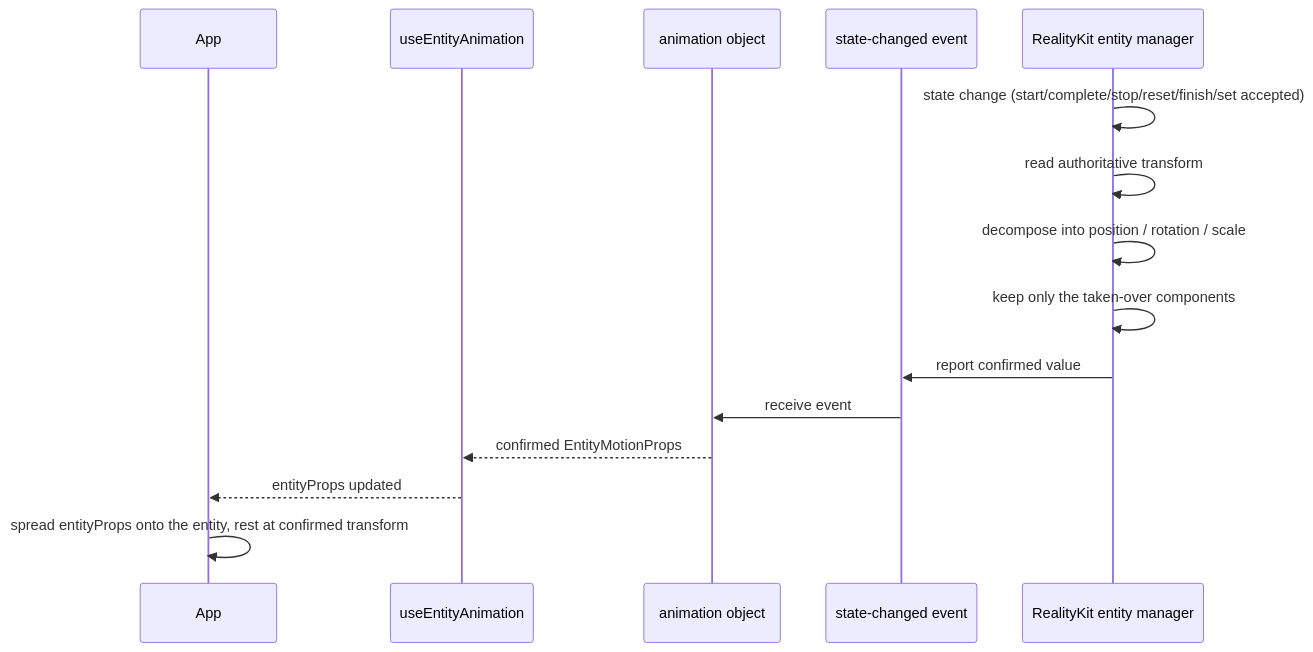
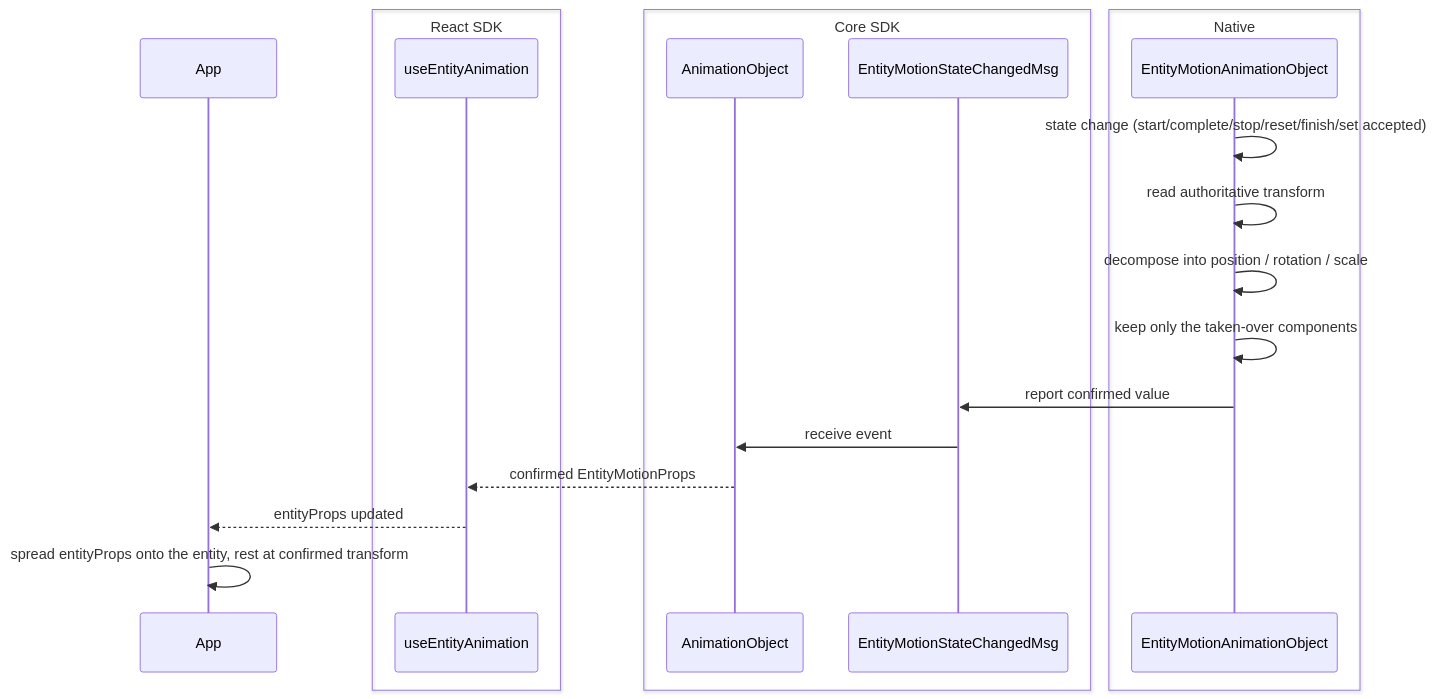
One commit to webspatial/webspatial-sdk changed the fourth of 14 diagrams in openspec/changes/redesign-entity-motion-api/design.md. Above: the diagram before and after it, drawn with Mermaid. The commit also changed other lines of this file and 3 other files, not shown here.

Commit message:
update spec structure and diagram

````diff
--- a/openspec/changes/redesign-entity-motion-api/design.md
+++ b/openspec/changes/redesign-entity-motion-api/design.md
@@ -320,18 +411,24 @@
 ```mermaid
 sequenceDiagram
-    participant App as App
-    participant Hook as useEntityAnimation
-    participant Obj as animation object
-    participant Event as state-changed event
-    participant Native as RealityKit entity manager
+    participant App
+    box React SDK
+        participant Hook as useEntityAnimation
+    end
+    box Core SDK
+        participant Obj as AnimationObject
+        participant Event as EntityMotionStateChangedMsg
+    end
+    box Native
+        participant NativeObj as EntityMotionAnimationObject
+    end
 
-    Native->>Native: state change (start/complete/stop/reset/finish/set accepted)
-    Native->>Native: read authoritative transform
-    Native->>Native: decompose into position / rotation / scale
-    Native->>Native: keep only the taken-over components
-    Native->>Event: report confirmed value
+    NativeObj->>NativeObj: state change (start/complete/stop/reset/finish/set accepted)
+    NativeObj->>NativeObj: read authoritative transform
+    NativeObj->>NativeObj: decompose into position / rotation / scale
+    NativeObj->>NativeObj: keep only the taken-over components
+    NativeObj->>Event: report confirmed value
     Event->>Obj: receive event
     Obj-->>Hook: confirmed EntityMotionProps
     Hook-->>App: entityProps updated
     App->>App: spread entityProps onto the entity, rest at confirmed transform
 ```
````
